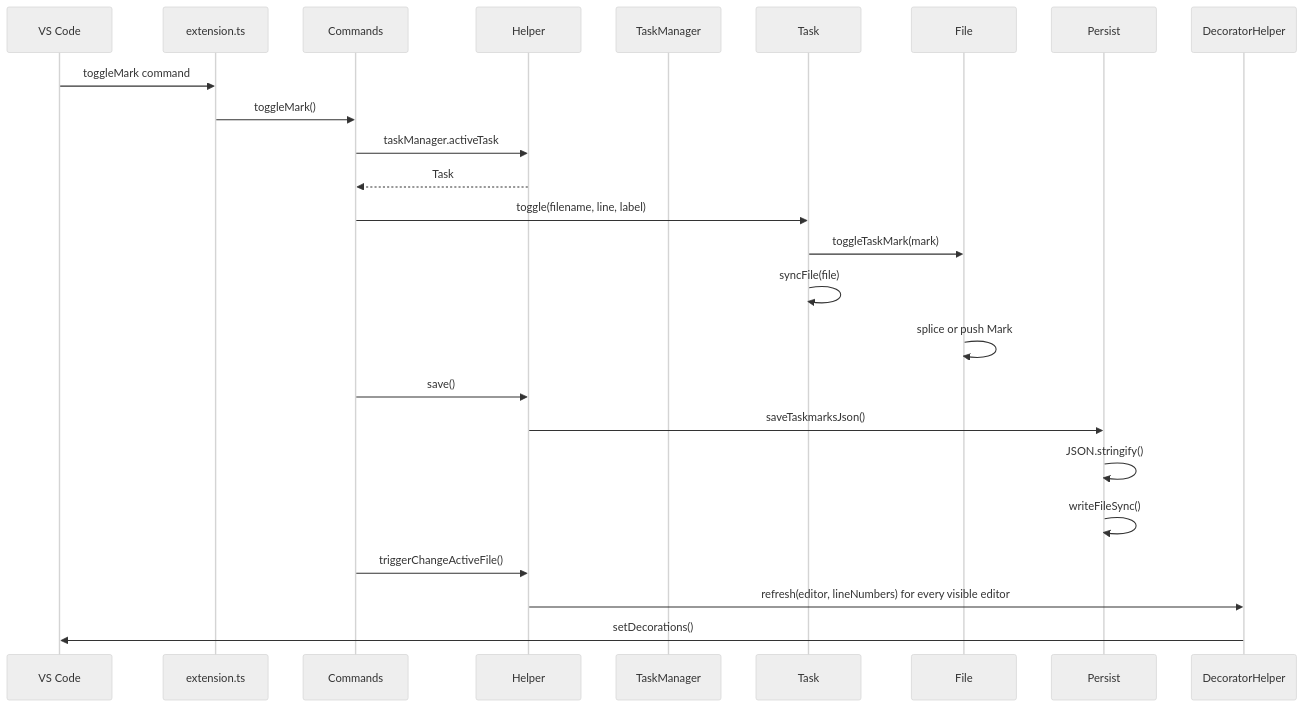
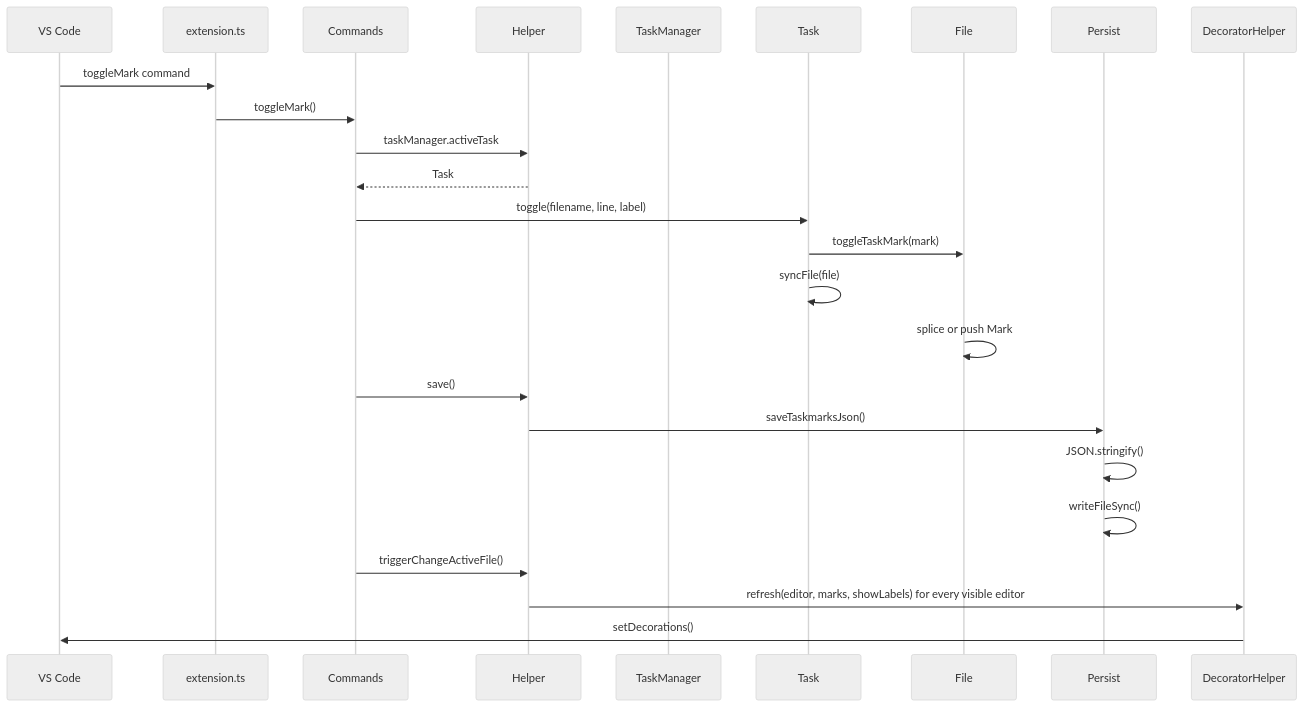
The second of 5 diagrams in docu/ARCHITECTURE.md (norbertK/taskmarks), drawn with Mermaid (neutral theme) before and after one commit. The commit also changed other lines of this file and 22 other files, not shown here.

````diff
--- a/docu/ARCHITECTURE.md
+++ b/docu/ARCHITECTURE.md
@@ -106,28 +107,28 @@
 ```mermaid
 sequenceDiagram
     participant VSCode as VS Code
     participant Ext as extension.ts
     participant C as Commands
     participant H as Helper
     participant TM as TaskManager
     participant T as Task
     participant F as File
     participant P as Persist
     participant DH as DecoratorHelper
 
     VSCode->>Ext: toggleMark command
     Ext->>C: toggleMark()
     C->>H: taskManager.activeTask
     H-->>C: Task
     C->>T: toggle(filename, line, label)
     T->>F: toggleTaskMark(mark)
     T->>T: syncFile(file)
     F->>F: splice or push Mark
     C->>H: save()
     H->>P: saveTaskmarksJson()
     P->>P: JSON.stringify()
     P->>P: writeFileSync()
     C->>H: triggerChangeActiveFile()
-    H->>DH: refresh(editor, lineNumbers) for every visible editor
+    H->>DH: refresh(editor, marks, showLabels) for every visible editor
     DH->>VSCode: setDecorations()
 ```
````
